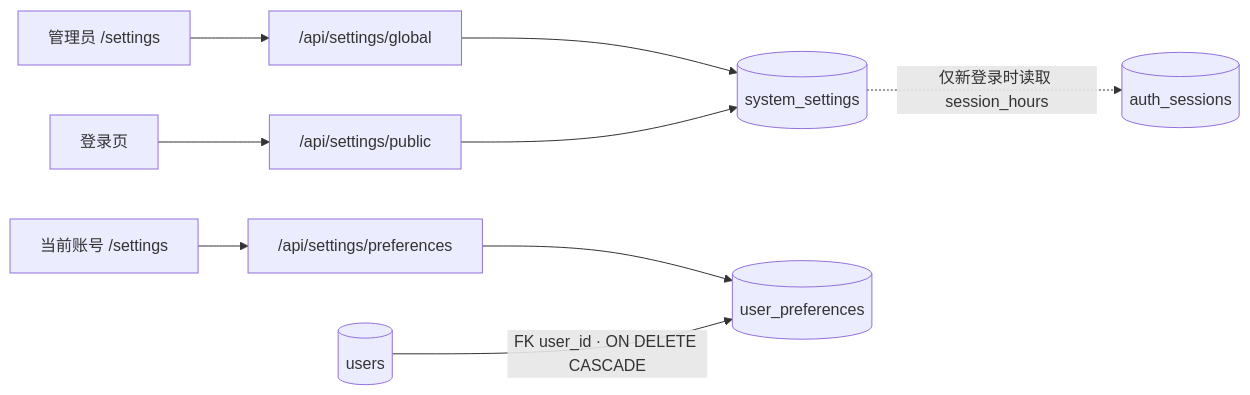
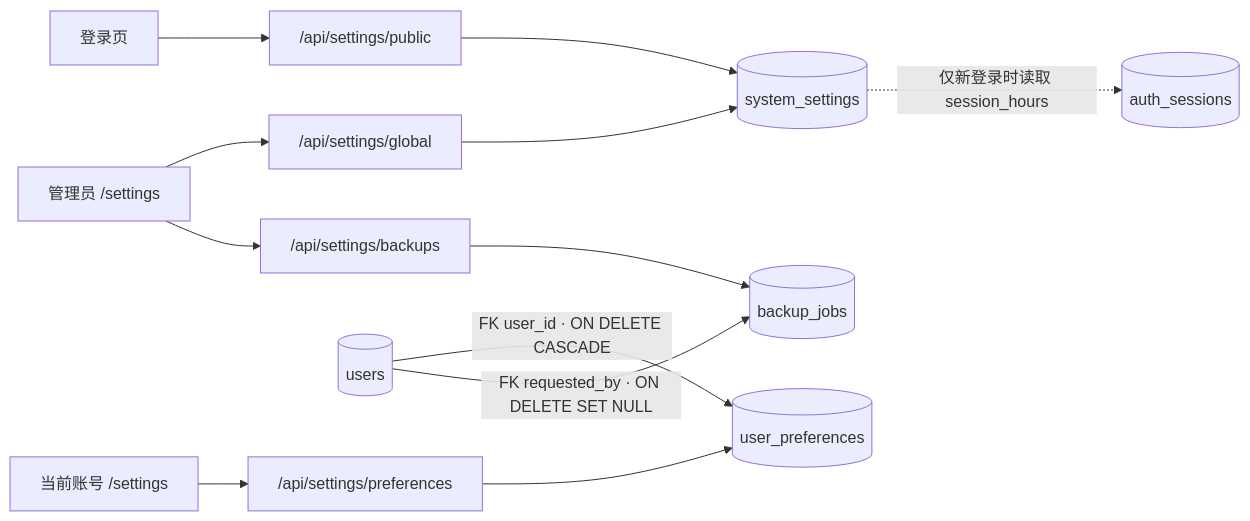
The first of 16 diagrams in docs/database-relationships.md (weiAX95/admin), drawn with Mermaid before and after one commit. The commit also changed other lines of this file and 10 other files, not shown here.

Commit message:
feat: add admin manual backup jobs and download

````diff
--- a/docs/database-relationships.md
+++ b/docs/database-relationships.md
@@ -7,8 +7,10 @@
 ```mermaid
 flowchart LR
   Admin["管理员 /settings"] --> SettingsAPI["/api/settings/global"] --> Global[(system_settings)]
   Login["登录页"] --> PublicAPI["/api/settings/public"] --> Global
   User["当前账号 /settings"] --> PrefAPI["/api/settings/preferences"] --> Pref[(user_preferences)]
   Users[(users)] -->|"FK user_id · ON DELETE CASCADE"| Pref
   Global -. "仅新登录时读取 session_hours" .-> Tokens[(auth_sessions)]
+  Admin --> BackupAPI["/api/settings/backups"] --> Jobs[(backup_jobs)]
+  Users -->|"FK requested_by · ON DELETE SET NULL"| Jobs
 ```
````
